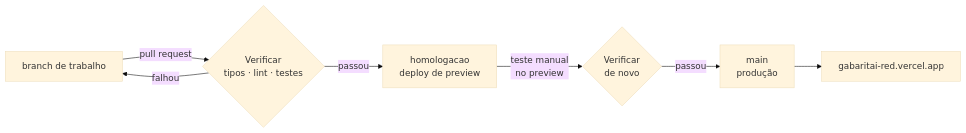
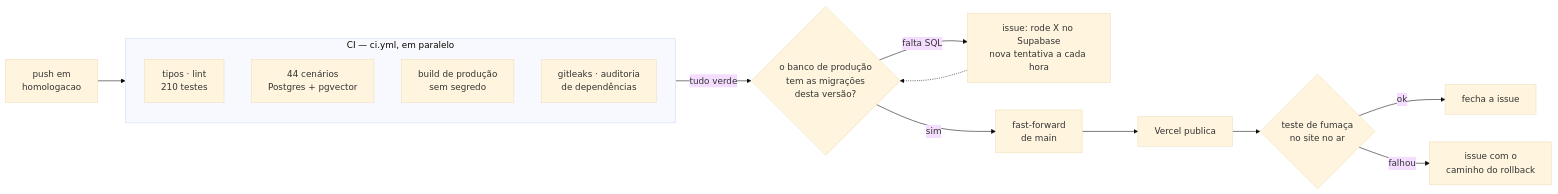
Before and after one commit to Lucascarvalho20/gabaritai: the second of 2 diagrams in README.md, drawn with Mermaid (base theme). The commit also changed other lines of this file and 34 other files, not shown here.

````diff
--- a/README.md
+++ b/README.md
@@ -244,9 +274,18 @@
 ```mermaid
 flowchart LR
-    F["branch de trabalho"] -->|pull request| CI{"Verificar<br/>tipos · lint · testes"}
-    CI -->|falhou| F
-    CI -->|passou| H["homologacao<br/>deploy de preview"]
-    H -->|teste manual<br/>no preview| CI2{"Verificar<br/>de novo"}
-    CI2 -->|passou| M["main<br/>produção"]
-    M --> V["gabaritai-red.vercel.app"]
+    P["push em<br/>homologacao"] --> CI
+    subgraph CI["CI — ci.yml, em paralelo"]
+        Q["tipos · lint<br/>210 testes"]
+        I["44 cenários<br/>Postgres + pgvector"]
+        B["build de produção<br/>sem segredo"]
+        S["gitleaks · auditoria<br/>de dependências"]
+    end
+    CI -->|tudo verde| G{"o banco de produção<br/>tem as migrações<br/>desta versão?"}
+    G -->|falta SQL| A["issue: rode X no Supabase<br/>nova tentativa a cada hora"]
+    A -.-> G
+    G -->|sim| M["fast-forward<br/>de main"]
+    M --> V["Vercel publica"]
+    V --> F{"teste de fumaça<br/>no site no ar"}
+    F -->|ok| OK["fecha a issue"]
+    F -->|falhou| RB["issue com o<br/>caminho do rollback"]
 ```
````
